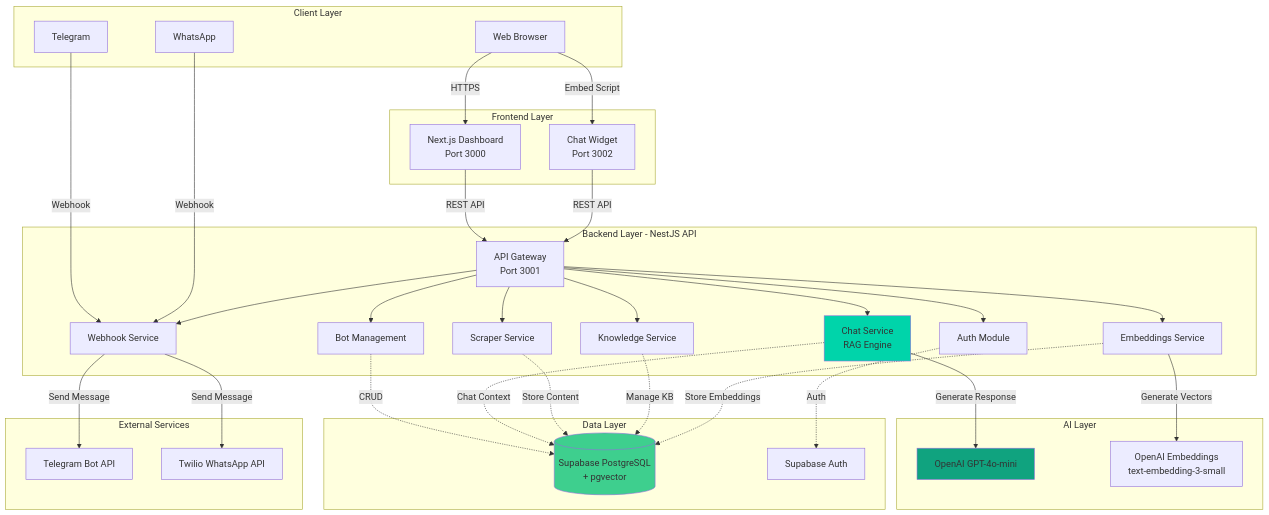
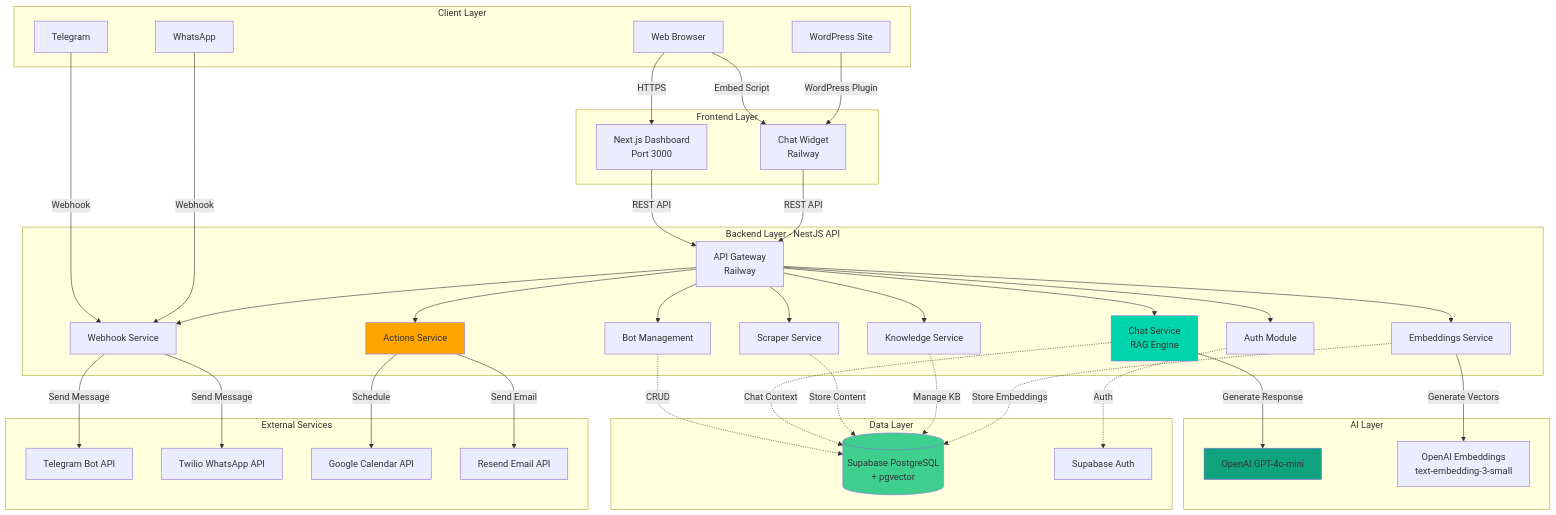
The first of 2 diagrams in README.md (michalwilman/AgentDesk), drawn with Mermaid before and after one commit. The commit also changed other lines of this file and 52 other files, not shown here.

````diff
--- a/README.md
+++ b/README.md
@@ -98,71 +106,80 @@
 ```mermaid
 graph TB
     subgraph "Client Layer"
         A[Web Browser]
         B[Telegram]
         C[WhatsApp]
+        D[WordPress Site]
     end
     
     subgraph "Frontend Layer"
-        D[Next.js Dashboard<br/>Port 3000]
-        E[Chat Widget<br/>Port 3002]
+        E[Next.js Dashboard<br/>Port 3000]
+        F[Chat Widget<br/>Railway]
     end
     
     subgraph "Backend Layer - NestJS API"
-        F[API Gateway<br/>Port 3001]
-        G[Auth Module]
-        H[Bot Management]
-        I[Chat Service<br/>RAG Engine]
-        J[Webhook Service]
-        K[Scraper Service]
-        L[Knowledge Service]
-        M[Embeddings Service]
+        G[API Gateway<br/>Railway]
+        H[Auth Module]
+        I[Bot Management]
+        J[Chat Service<br/>RAG Engine]
+        K[Webhook Service]
+        L[Scraper Service]
+        M[Knowledge Service]
+        N[Embeddings Service]
+        O[Actions Service]
     end
     
     subgraph "AI Layer"
-        N[OpenAI GPT-4o-mini]
-        O[OpenAI Embeddings<br/>text-embedding-3-small]
+        P[OpenAI GPT-4o-mini]
+        Q[OpenAI Embeddings<br/>text-embedding-3-small]
     end
     
     subgraph "Data Layer"
-        P[(Supabase PostgreSQL<br/>+ pgvector)]
-        Q[Supabase Auth]
+        R[(Supabase PostgreSQL<br/>+ pgvector)]
+        S[Supabase Auth]
     end
     
     subgraph "External Services"
-        R[Telegram Bot API]
-        S[Twilio WhatsApp API]
+        T[Telegram Bot API]
+        U[Twilio WhatsApp API]
+        V[Google Calendar API]
+        W[Resend Email API]
     end
     
-    A -->|HTTPS| D
-    A -->|Embed Script| E
-    B -->|Webhook| J
-    C -->|Webhook| J
+    A -->|HTTPS| E
+    A -->|Embed Script| F
+    B -->|Webhook| K
+    C -->|Webhook| K
+    D -->|WordPress Plugin| F
     
-    D -->|REST API| F
-    E -->|REST API| F
+    E -->|REST API| G
+    F -->|REST API| G
     
-    F --> G
-    F --> H
-    F --> I
-    F --> J
-    F --> K
-    F --> L
-    F --> M
+    G --> H
+    G --> I
+    G --> J
+    G --> K
+    G --> L
+    G --> M
+    G --> N
+    G --> O
     
-    G -.->|Auth| Q
-    H -.->|CRUD| P
-    I -.->|Chat Context| P
-    I -->|Generate Response| N
-    K -.->|Store Content| P
-    L -.->|Manage KB| P
-    M -->|Generate Vectors| O
-    M -.->|Store Embeddings| P
+    H -.->|Auth| S
+    I -.->|CRUD| R
+    J -.->|Chat Context| R
+    J -->|Generate Response| P
+    L -.->|Store Content| R
+    M -.->|Manage KB| R
+    N -->|Generate Vectors| Q
+    N -.->|Store Embeddings| R
+    O -->|Schedule| V
+    O -->|Send Email| W
     
-    J -->|Send Message| R
-    J -->|Send Message| S
+    K -->|Send Message| T
+    K -->|Send Message| U
     
-    style I fill:#00d4aa
-    style N fill:#10a37f
-    style P fill:#3ecf8e
+    style J fill:#00d4aa
+    style P fill:#10a37f
+    style R fill:#3ecf8e
+    style O fill:#ffa500
 ```
````
